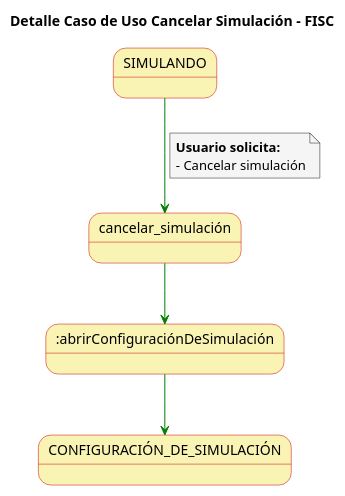
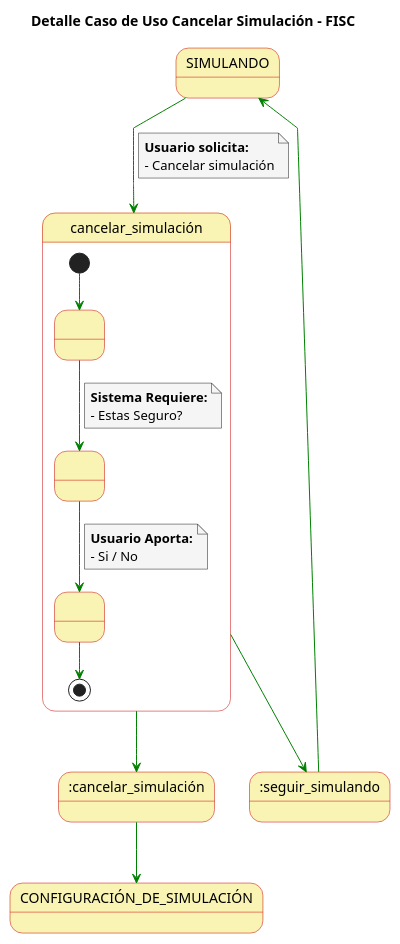
One commit to mmasias/23-24-IdSw1-SDR changed the diagram in casosDeUso/detallesCasosUso/detalleCasoUsoCancelarSimulacion.puml. Above: the diagram before and after it, drawn with PlantUML. The commit also changed 10 other files, not shown here.

```diff
--- a/casosDeUso/detallesCasosUso/detalleCasoUsoCancelarSimulacion.puml
+++ b/casosDeUso/detallesCasosUso/detalleCasoUsoCancelarSimulacion.puml
@@ -1,26 +1,48 @@
 @startuml
 
 skinparam state {
   BackgroundColor #faf4b4
   BorderColor #c90000
 }
 
 skinparam note {
   BackgroundColor #f5f5f5
 }
 
 skinparam linetype polyline
 
 title Detalle Caso de Uso Cancelar Simulación - FISC
 
 
 SIMULANDO-[#green]-> cancelar_simulación
 note on link
   **Usuario solicita:**
   - Cancelar simulación
 end note
 
-cancelar_simulación -[#green]-> :abrirConfiguraciónDeSimulación
-:abrirConfiguraciónDeSimulación-[#green]-> CONFIGURACIÓN_DE_SIMULACIÓN
+state cancelar_simulación{
+   state 1 as " "
+   state 2 as " "
+   state 3 as " "
+
+   [*] -[#green]-> 1
+  1 -[#green]-> 2
+  note on link
+      **Sistema Requiere:**
+      - Estas Seguro?
+  end note
+  2 -[#green]-> 3
+  note on link
+      **Usuario Aporta:**
+      - Si / No
+  end note
+  3 -[#green]-> [*]
+
+}
+cancelar_simulación -[#green]-> :cancelar_simulación
+cancelar_simulación -[#green]-> :seguir_simulando
+:seguir_simulando -[#green]-> SIMULANDO
+
+:cancelar_simulación -[#green]-> CONFIGURACIÓN_DE_SIMULACIÓN
 
 @enduml
```
